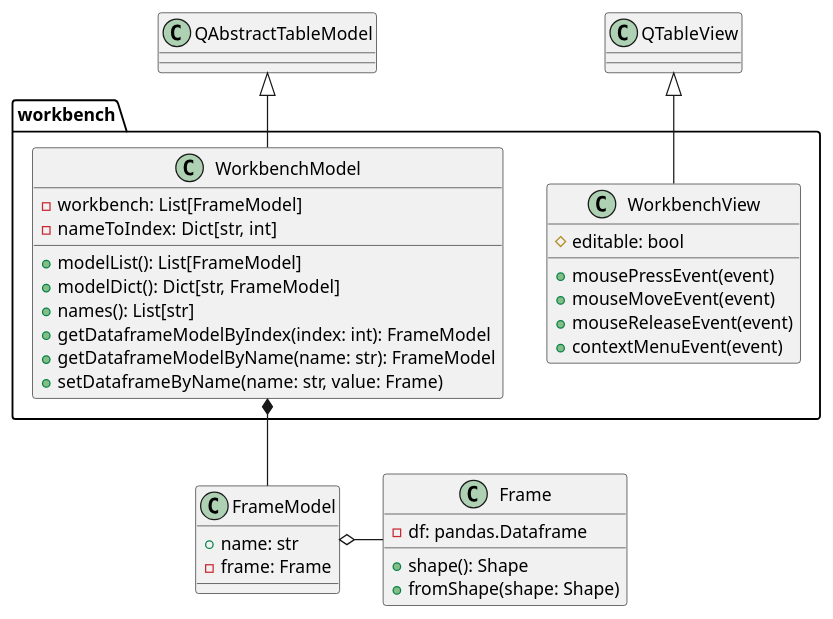
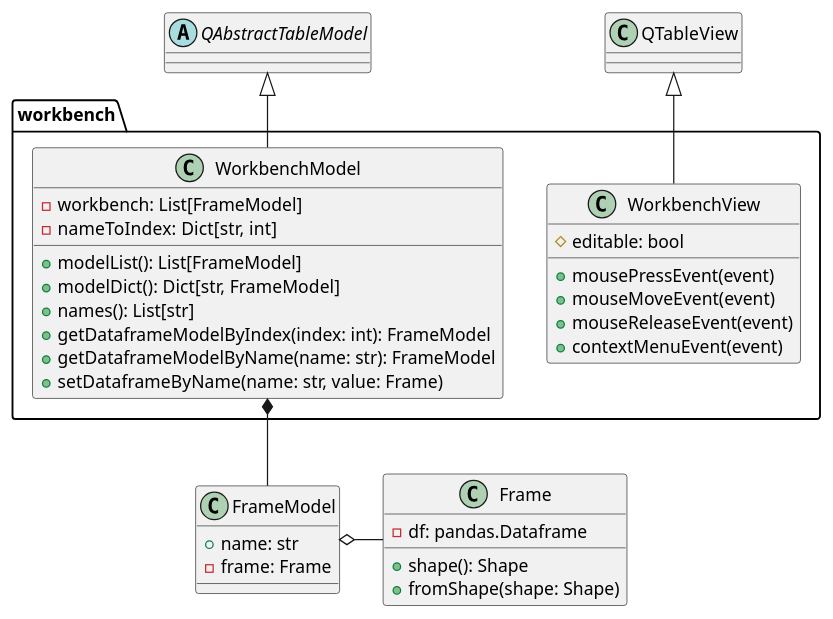
One commit to alezanga/dataMole changed the second of 2 diagrams in uml/models.puml. Above: the diagram before and after it, drawn with PlantUML. The commit also changed other lines of this file and 172 other files, not shown here.

```diff
--- a/uml/models.puml
+++ b/uml/models.puml
@@ -133,42 +135,43 @@
 @startuml workbench
 
 package workbench {
 
 class WorkbenchModel {
   - workbench: List[FrameModel]
   - nameToIndex: Dict[str, int]
   + modelList(): List[FrameModel]
   + modelDict(): Dict[str, FrameModel]
   + names(): List[str]
   + getDataframeModelByIndex(index: int): FrameModel
   + getDataframeModelByName(name: str): FrameModel
   + setDataframeByName(name: str, value: Frame)
 }
 
 class WorkbenchView {
   # editable: bool
   + mousePressEvent(event)
   + mouseMoveEvent(event)
   + mouseReleaseEvent(event)
   + contextMenuEvent(event)
 } 
 }
 
 class FrameModel {
   + name: str
   - frame: Frame
 }
 
 class Frame {
     - df: pandas.Dataframe
     + shape(): Shape
     + fromShape(shape: Shape)
 }
 
+abstract class QAbstractTableModel
+
 QAbstractTableModel <|-- WorkbenchModel
 QTableView <|-- WorkbenchView
 FrameModel o- Frame
 WorkbenchModel *-- FrameModel
 
-
 @enduml
```
